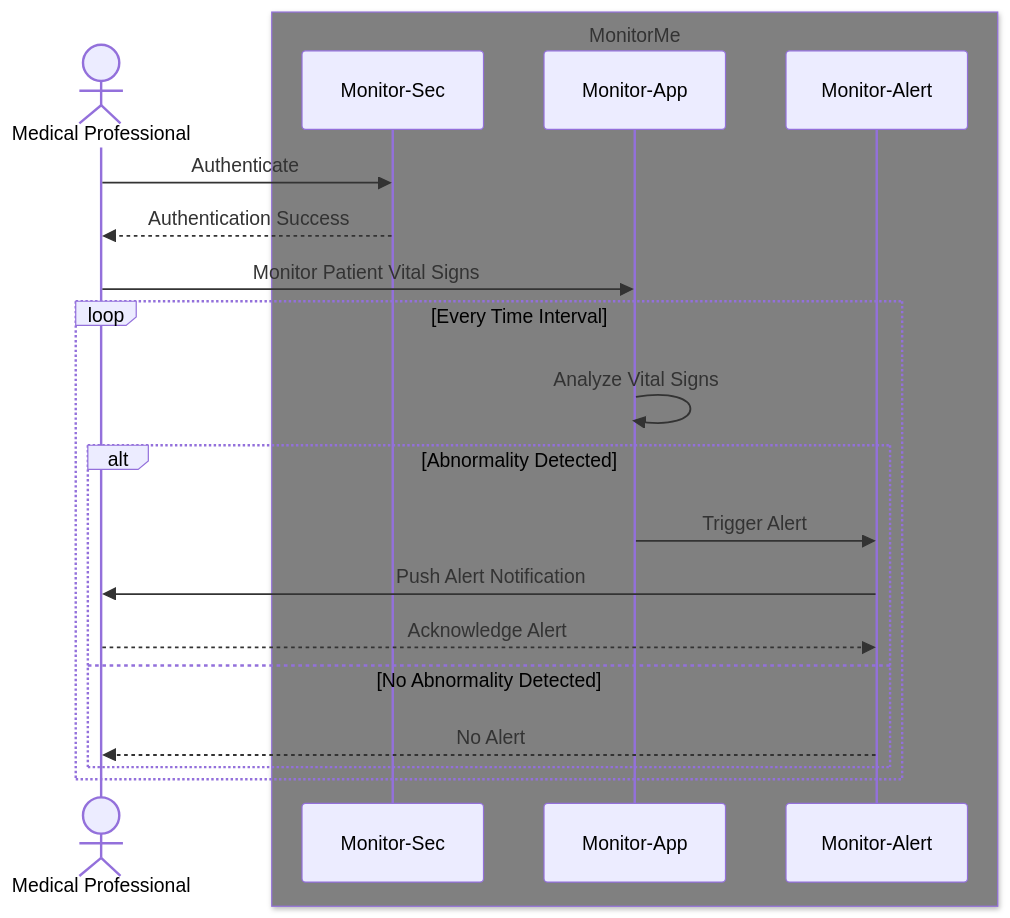
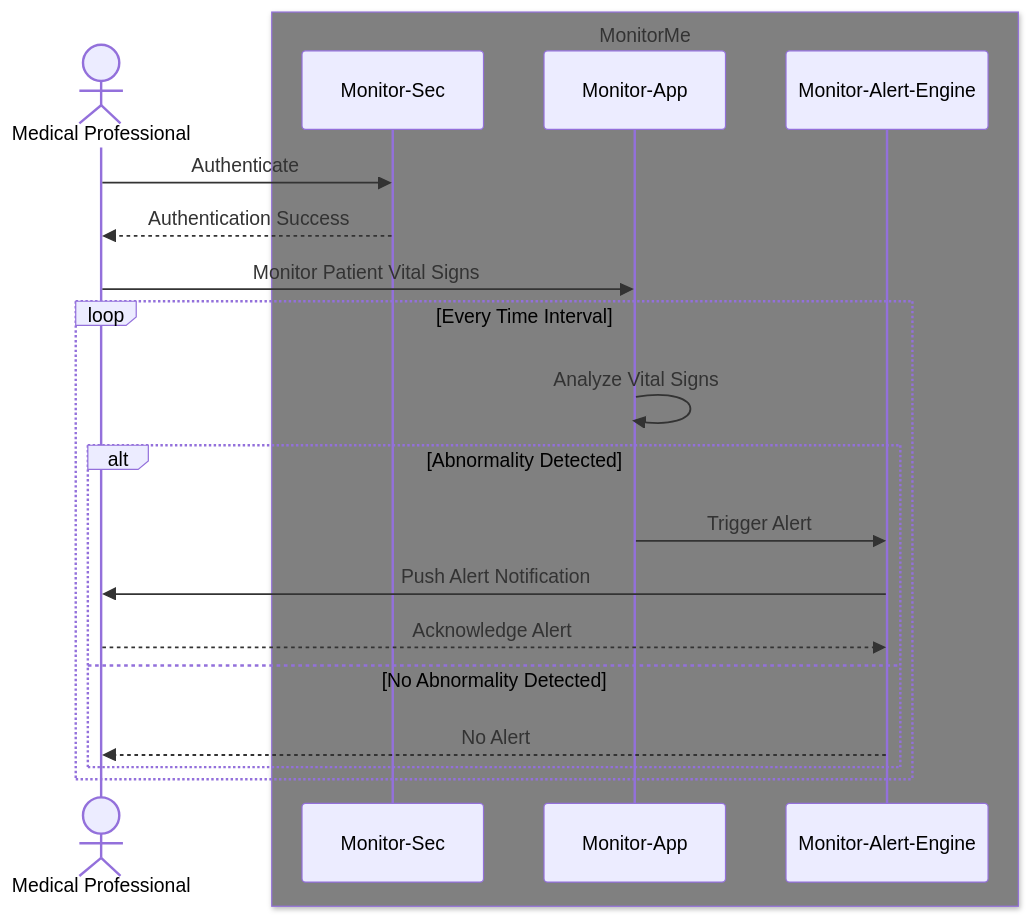
The fourth of 4 diagrams in 2.DetailedSolution/2.ProposedScenarios.md (gael-jurin/ARTIK), drawn with Mermaid before and after one commit. The commit also changed other lines of this file, not shown here.

````diff
--- a/2.DetailedSolution/2.ProposedScenarios.md
+++ b/2.DetailedSolution/2.ProposedScenarios.md
@@ -120,22 +120,22 @@
 ```mermaid
 sequenceDiagram
     actor Medical Professional
     box Gray MonitorMe
     participant Monitor-Sec 
     participant Monitor-App 
-    participant Monitor-Alert 
+    participant Monitor-Alert-Engine 
     end
     Medical Professional ->> Monitor-Sec: Authenticate
     Monitor-Sec -->> Medical Professional: Authentication Success
     Medical Professional ->> Monitor-App: Monitor Patient Vital Signs
     loop Every Time Interval
         Monitor-App ->> Monitor-App: Analyze Vital Signs
         alt Abnormality Detected
-            Monitor-App ->> Monitor-Alert: Trigger Alert
-            Monitor-Alert ->> Medical Professional: Push Alert Notification
-            Medical Professional -->> Monitor-Alert: Acknowledge Alert
+            Monitor-App ->> Monitor-Alert-Engine: Trigger Alert
+            Monitor-Alert-Engine ->> Medical Professional: Push Alert Notification
+            Medical Professional -->> Monitor-Alert-Engine: Acknowledge Alert
         else No Abnormality Detected
-            Monitor-Alert -->> Medical Professional: No Alert
+            Monitor-Alert-Engine -->> Medical Professional: No Alert
         end
     end
 ```
````
